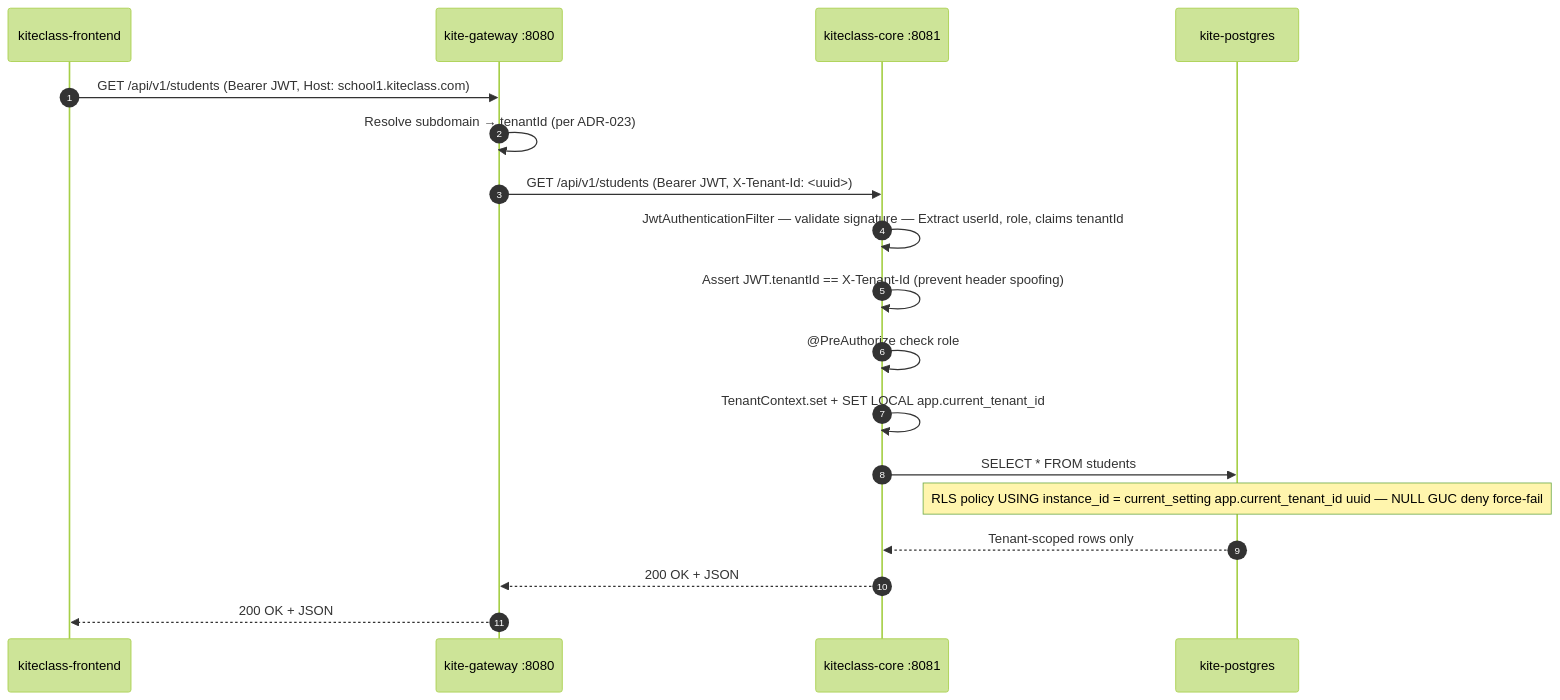
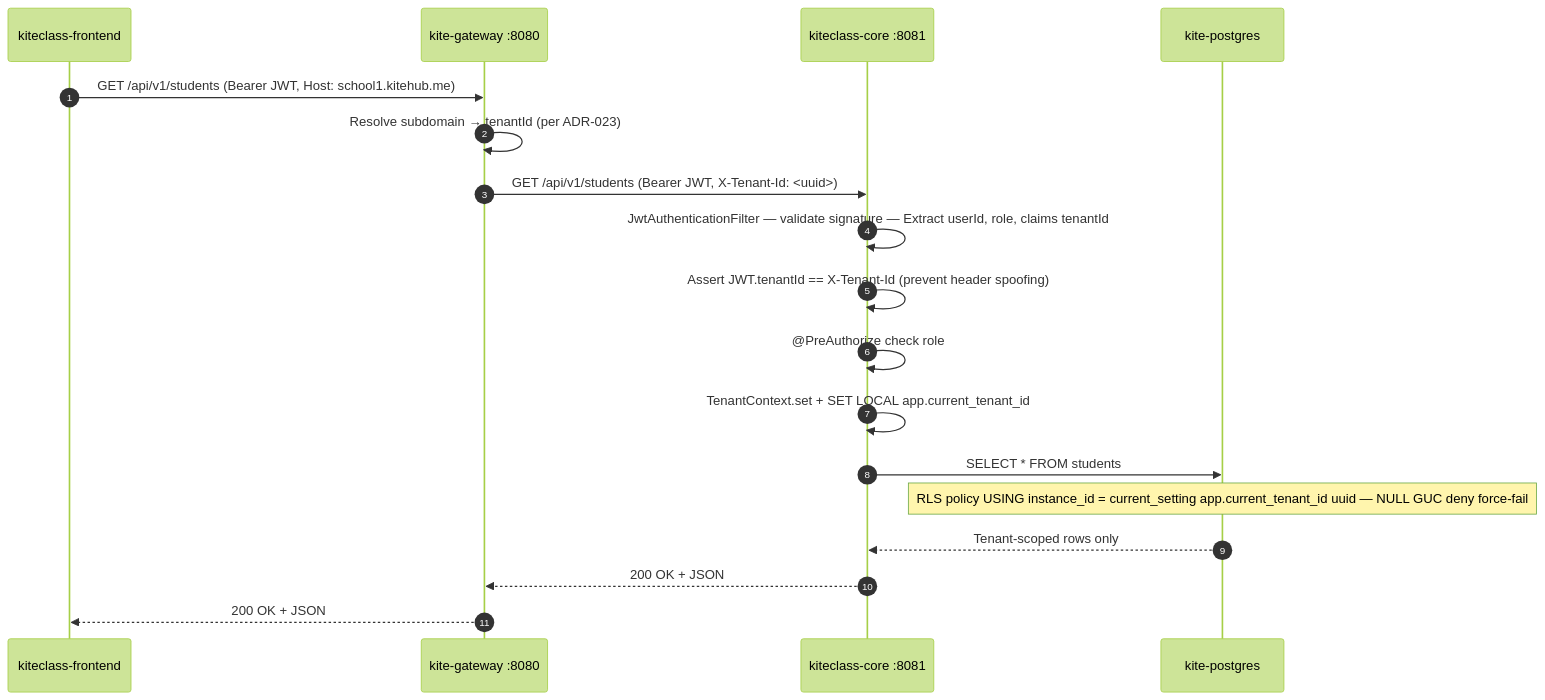
One commit to VictorAurelius/2026-Kite-Class-Platform changed the third of 5 diagrams in documents/02-architecture/kiteclass-architecture.md. Above: the diagram before and after it, drawn with Mermaid (forest theme). The commit also changed other lines of this file and 278 other files, not shown here.

First line of the commit message:
fix(domain): sweep stale kiteclass.vn/.com → canonical kitehub.me ({slug}.kitehub.me tenant) + CI detector (GAP-1241) (#2374)

````diff
--- a/documents/02-architecture/kiteclass-architecture.md
+++ b/documents/02-architecture/kiteclass-architecture.md
@@ -150,24 +150,24 @@
 ```mermaid
 sequenceDiagram
     autonumber
     participant Client as kiteclass-frontend
     participant Gateway as kite-gateway :8080
     participant Core as kiteclass-core :8081
     participant DB as kite-postgres
 
-    Client->>Gateway: GET /api/v1/students (Bearer JWT, Host: school1.kiteclass.com)
+    Client->>Gateway: GET /api/v1/students (Bearer JWT, Host: school1.kitehub.me)
     Gateway->>Gateway: Resolve subdomain → tenantId (per ADR-023)
     Gateway->>Core: GET /api/v1/students (Bearer JWT, X-Tenant-Id: <uuid>)
 
     Core->>Core: JwtAuthenticationFilter — validate signature — Extract userId, role, claims tenantId
     Core->>Core: Assert JWT.tenantId == X-Tenant-Id (prevent header spoofing)
     Core->>Core: @PreAuthorize check role
     Core->>Core: TenantContext.set + SET LOCAL app.current_tenant_id
 
     Core->>DB: SELECT * FROM students
     Note over DB: RLS policy USING instance_id = current_setting app.current_tenant_id uuid — NULL GUC deny force-fail
     DB-->>Core: Tenant-scoped rows only
 
     Core-->>Gateway: 200 OK + JSON
     Gateway-->>Client: 200 OK + JSON
 ```
````
